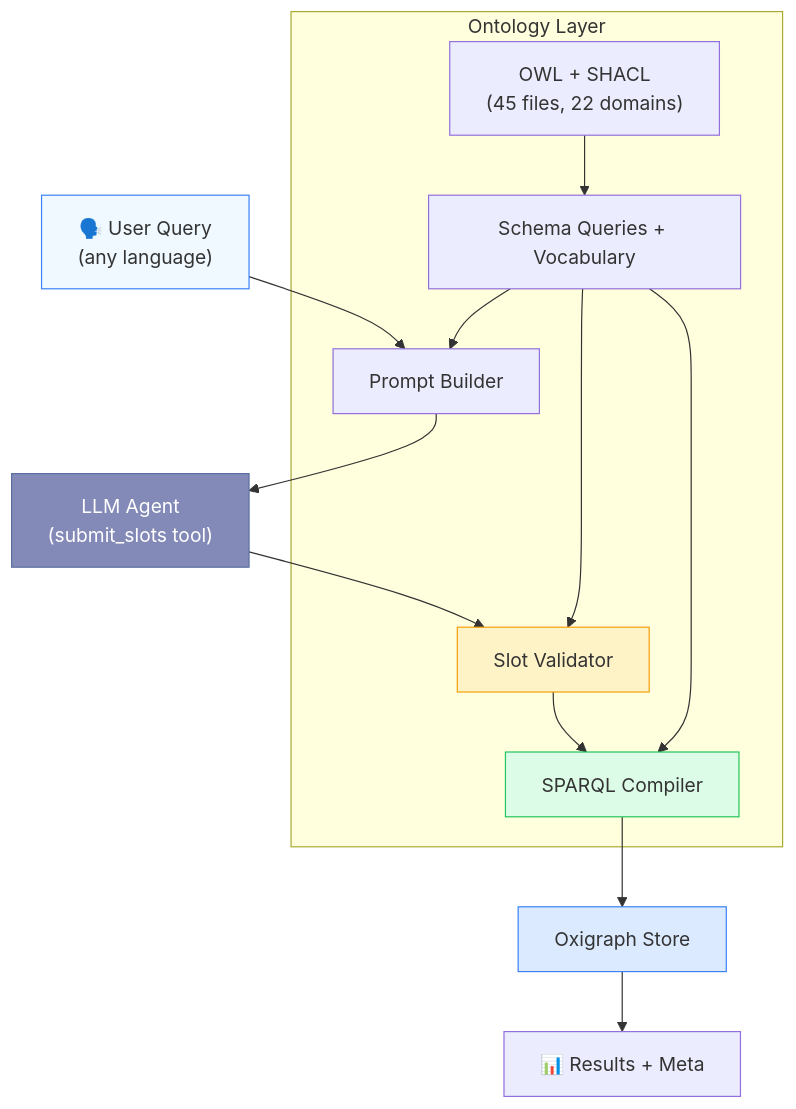
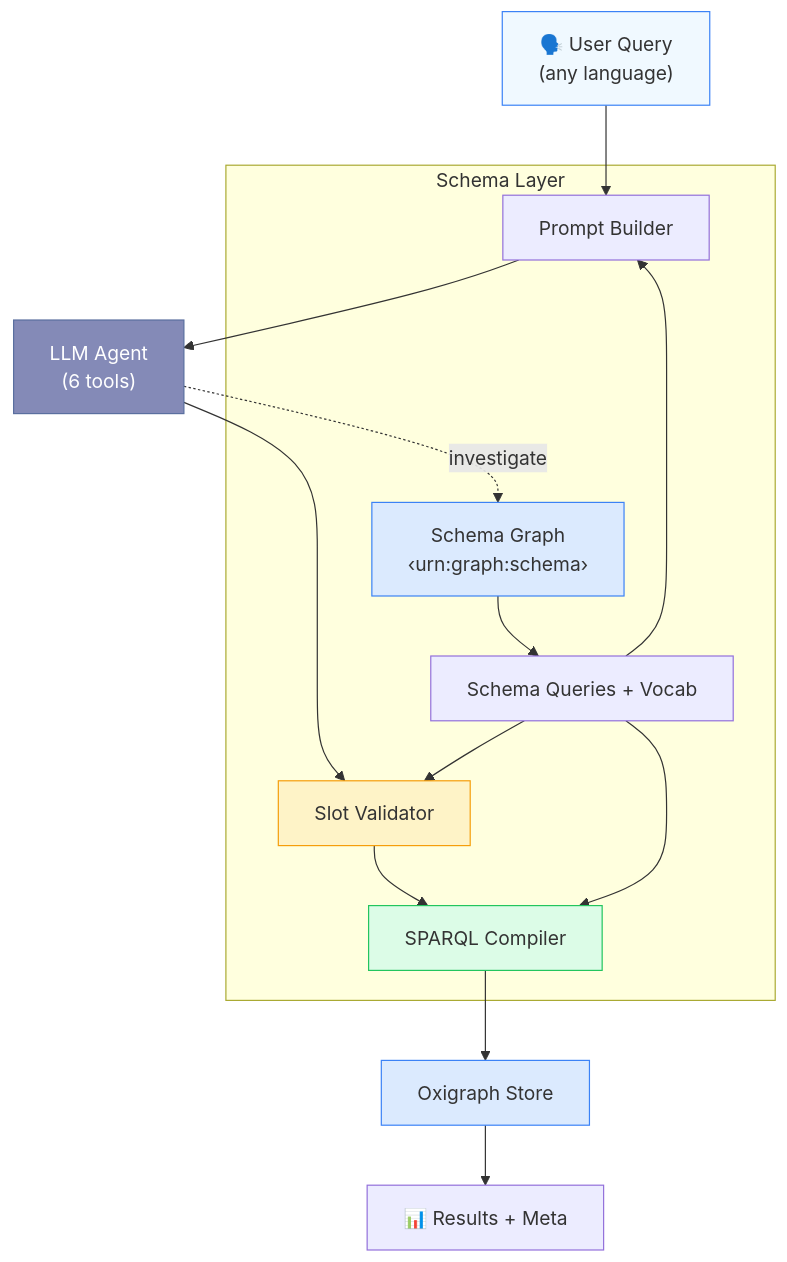
The first of 5 diagrams in apps/docs/architecture.md (ASCS-eV/ontology-based-nl-search), drawn with Mermaid before and after one commit. The commit also changed other lines of this file and 9 other files, not shown here.

First line of the commit message:
docs: rework architecture docs for ontology-agnostic design

````diff
--- a/apps/docs/architecture.md
+++ b/apps/docs/architecture.md
@@ -7,22 +7,24 @@
 ```mermaid
 graph TD
     Q["🗣️ User Query<br/>(any language)"] --> PB["Prompt Builder"]
-    PB --> LLM["LLM Agent<br/>(submit_slots tool)"]
+    PB --> LLM["LLM Agent<br/>(6 tools)"]
+    LLM -.->|"investigate"| SG
     LLM --> SV["Slot Validator"]
     SV --> SC["SPARQL Compiler"]
     SC --> OX["Oxigraph Store"]
     OX --> RES["📊 Results + Meta"]
 
-    subgraph "Ontology Layer"
-      OWL["OWL + SHACL<br/>(45 files, 22 domains)"] --> SQ["Schema Queries + Vocabulary"]
+    subgraph "Schema Layer"
+      SG["Schema Graph<br/>‹urn:graph:schema›"] --> SQ["Schema Queries + Vocab"]
       SQ --> PB
       SQ --> SV
       SQ --> SC
     end
 
     style Q fill:#f0f9ff,stroke:#3b82f6
     style LLM fill:#848ab7,stroke:#5a6f9f,color:#fff
     style SV fill:#fef3c7,stroke:#f59e0b
     style SC fill:#dcfce7,stroke:#22c55e
     style OX fill:#dbeafe,stroke:#3b82f6
+    style SG fill:#dbeafe,stroke:#3b82f6
 ```
````
